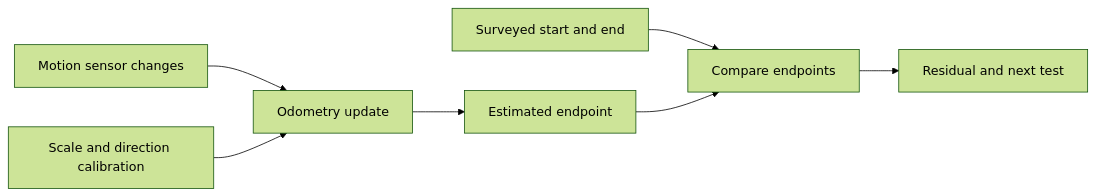
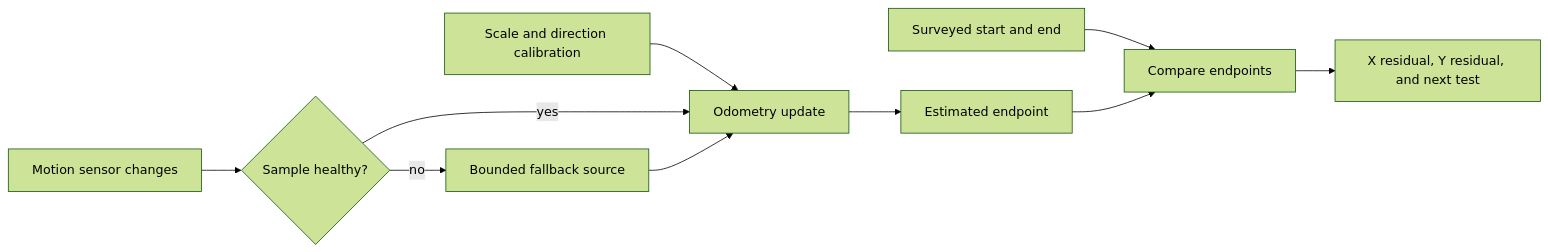
The diagram in content/learning/controls/05-odometry-calibration.md (ARES-23247/ARESWEB), drawn with Mermaid (forest theme) before and after one commit. The commit also changed other lines of this file and 4 other files, not shown here.

````diff
--- a/content/learning/controls/05-odometry-calibration.md
+++ b/content/learning/controls/05-odometry-calibration.md
@@ -49,10 +106,13 @@
 ```mermaid
-%% aria: A surveyed start and end define independent route truth. Motion sensors and calibration values enter odometry. Odometry produces an estimated end. Comparing the surveyed and estimated ends produces a residual used for review and another test.
+%% aria: Surveyed start and end provide independent truth. Motion sensor changes and calibration enter odometry, which produces an estimated end. Comparing the two endpoints produces signed residuals. A separate health check sends a healthy primary sample to the estimator or selects a bounded fallback. Several healthy samples are required before the primary source returns.
 flowchart LR
-  S["Surveyed start and end"] --> C["Compare endpoints"]
-  M["Motion sensor changes"] --> O["Odometry update"]
-  K["Scale and direction calibration"] --> O
+  T["Surveyed start and end"] --> C["Compare endpoints"]
+  M["Motion sensor changes"] --> H{"Sample healthy?"}
+  K["Scale and direction calibration"] --> O["Odometry update"]
+  H -->|"yes"| O
+  H -->|"no"| F["Bounded fallback source"]
+  F --> O
   O --> E["Estimated endpoint"]
   E --> C
-  C --> R["Residual and next test"]
+  C --> R["X residual, Y residual, and next test"]
 ```
````
